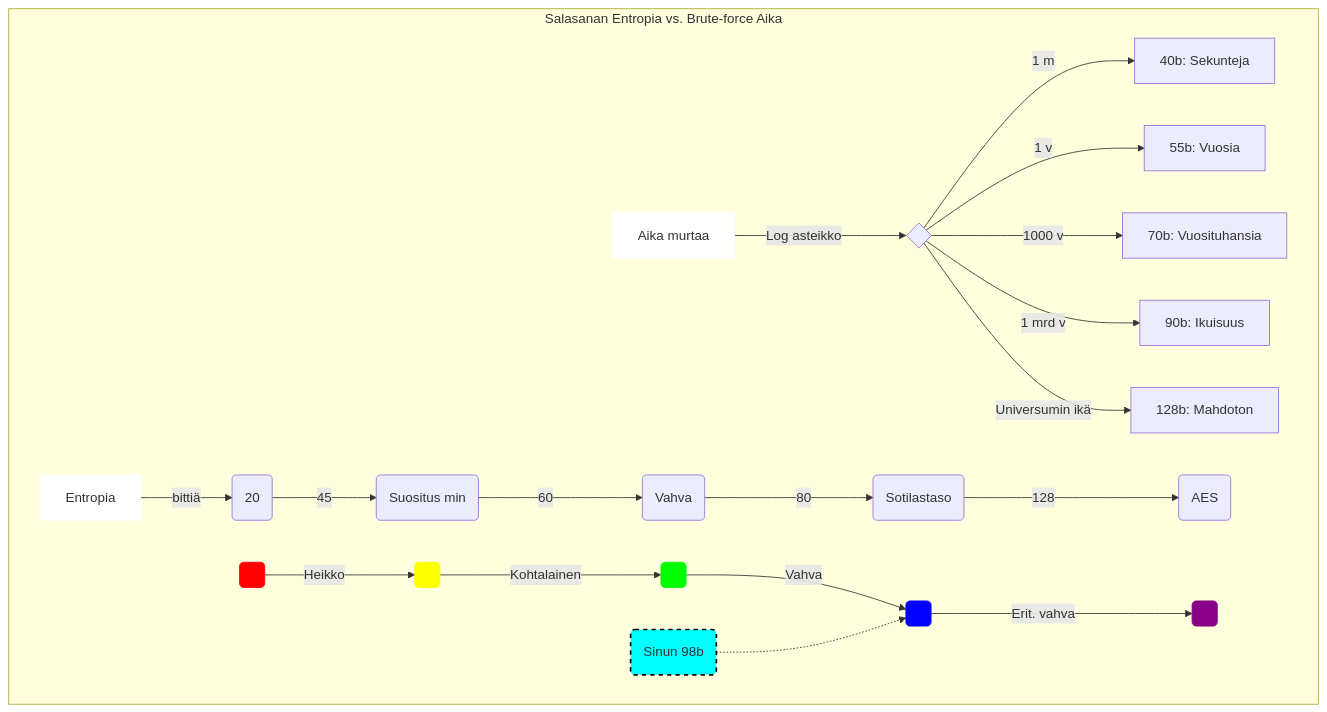
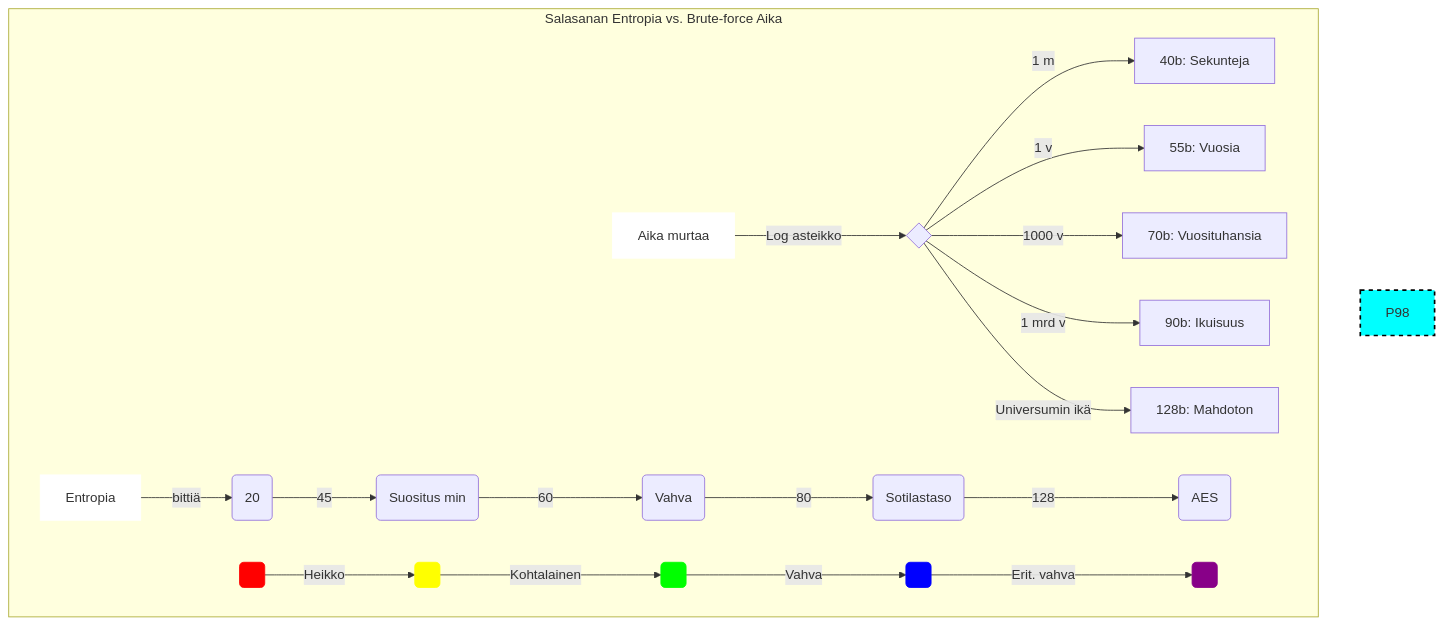
One commit to tuomastvirtanen/sedan-sihtaus changed the diagram in README.md. Above: the diagram before and after it, drawn with Mermaid.

Commit message:
isoja muutoksia

````diff
--- a/README.md
+++ b/README.md
@@ -20,33 +20,31 @@
 ```mermaid
 graph TD
     subgraph "Salasanan Entropia vs. Brute-force Aika"
         A[Aika murtaa] -->|Log asteikko| B{ }
         B --> |1 m| C1[40b: Sekunteja]
         B --> |1 v| C2[55b: Vuosia]
         B --> |1000 v| C3[70b: Vuosituhansia]
         B --> |1 mrd v| C4[90b: Ikuisuus]
         B --> |Universumin ikä| C5[128b: Mahdoton]
         
         X[Entropia] -->|bittiä| D1(20)
         D1 -->|45| D2(Suositus min)
         D2 -->|60| D3(Vahva)
         D3 -->|80| D4(Sotilastaso)
         D4 -->|128| D5(AES)
     
         P20( ) -- Heikko --> P45( )
         P45( ) -- Kohtalainen --> P60( )
         P60( ) -- Vahva --> P80( )
         P80( ) -- Erit. vahva --> P128( )
-        
-        P98(Sinun 98b) -.-> P80
     end
     
     style A fill:#fff,stroke:#fff;
     style X fill:#fff,stroke:#fff;
     style P20 fill:#f00,stroke:#f00;
     style P45 fill:#ff0,stroke:#ff0;
     style P60 fill:#0f0,stroke:#0f0;
     style P80 fill:#00f,stroke:#00f;
     style P128 fill:#808,stroke:#808;
     style P98 fill:#0ff,stroke:#000,stroke-width:2px,stroke-dasharray: 5 5;
 ```
````
